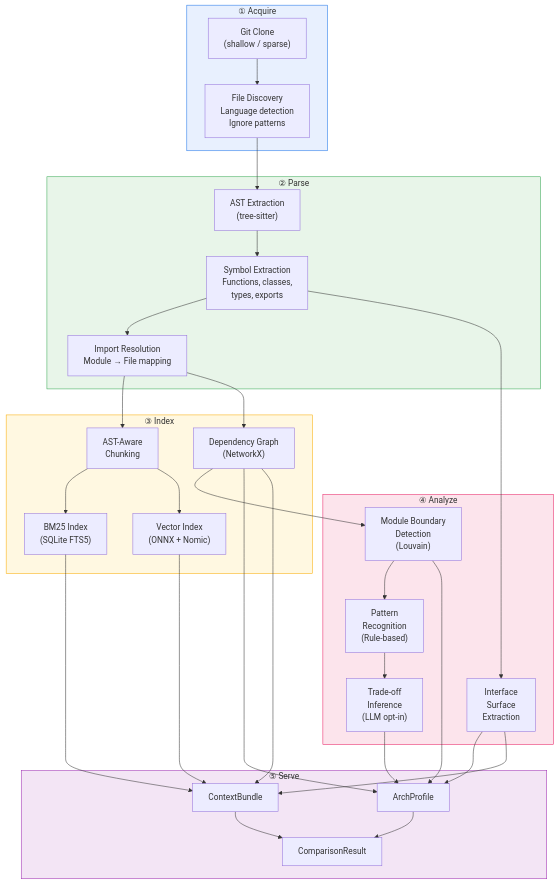
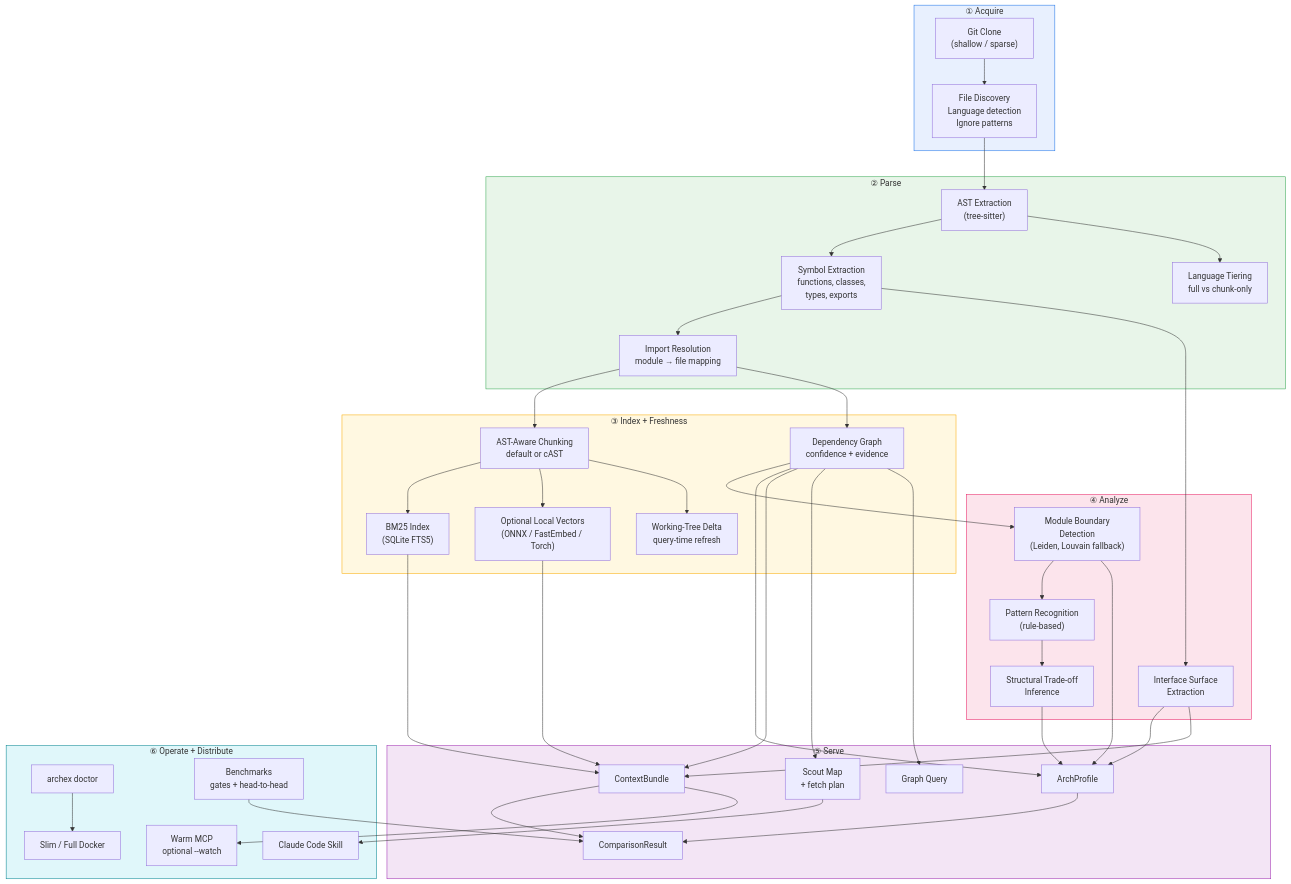
The first of 8 diagrams in docs/SYSTEM_DESIGN.md (Mathews-Tom/archex), drawn with Mermaid before and after one commit. The commit also changed other lines of this file, not shown here.

First line of the commit message:
docs: refresh system design reality

````diff
--- a/docs/SYSTEM_DESIGN.md
+++ b/docs/SYSTEM_DESIGN.md
@@ -13,61 +13,82 @@
 ```mermaid
 graph TD
     subgraph S1["① Acquire"]
         Clone["Git Clone<br/>(shallow / sparse)"]
         Discover["File Discovery<br/>Language detection<br/>Ignore patterns"]
     end
 
     subgraph S2["② Parse"]
         AST["AST Extraction<br/>(tree-sitter)"]
-        Symbols["Symbol Extraction<br/>Functions, classes,<br/>types, exports"]
-        Imports["Import Resolution<br/>Module → File mapping"]
+        Symbols["Symbol Extraction<br/>functions, classes,<br/>types, exports"]
+        Imports["Import Resolution<br/>module → file mapping"]
+        Tiers["Language Tiering<br/>full vs chunk-only"]
     end
 
-    subgraph S3["③ Index"]
-        Chunk["AST-Aware<br/>Chunking"]
-        Graph["Dependency Graph<br/>(NetworkX)"]
+    subgraph S3["③ Index + Freshness"]
+        Chunk["AST-Aware Chunking<br/>default or cAST"]
+        Graph["Dependency Graph<br/>confidence + evidence"]
         BM25["BM25 Index<br/>(SQLite FTS5)"]
-        Vec["Vector Index<br/>(ONNX + Nomic)"]
+        Vec["Optional Local Vectors<br/>(ONNX / FastEmbed / Torch)"]
+        Delta["Working-Tree Delta<br/>query-time refresh"]
     end
 
     subgraph S4["④ Analyze"]
-        Modules["Module Boundary<br/>Detection<br/>(Louvain)"]
-        Patterns["Pattern<br/>Recognition<br/>(Rule-based)"]
-        Interfaces["Interface<br/>Surface<br/>Extraction"]
-        Decisions["Trade-off<br/>Inference<br/>(LLM opt-in)"]
+        Modules["Module Boundary<br/>Detection<br/>(Leiden, Louvain fallback)"]
+        Patterns["Pattern Recognition<br/>(rule-based)"]
+        Interfaces["Interface Surface<br/>Extraction"]
+        Decisions["Structural Trade-off<br/>Inference"]
     end
 
     subgraph S5["⑤ Serve"]
         AP["ArchProfile"]
         CB["ContextBundle"]
+        Scout["Scout Map<br/>+ fetch plan"]
+        GraphQ["Graph Query"]
         Cmp["ComparisonResult"]
     end
 
+    subgraph S6["⑥ Operate + Distribute"]
+        Doctor["archex doctor"]
+        MCP["Warm MCP<br/>optional --watch"]
+        Skill["Claude Code Skill"]
+        Docker["Slim / Full Docker"]
+        Bench["Benchmarks<br/>gates + head-to-head"]
+    end
+
     Clone --> Discover --> AST --> Symbols --> Imports
+    AST --> Tiers
     Imports --> Chunk
     Imports --> Graph
     Chunk --> BM25
     Chunk --> Vec
+    Chunk --> Delta
     Graph --> Modules --> Patterns
     Symbols --> Interfaces
     Patterns --> Decisions
 
     Modules --> AP
     Interfaces --> AP
     Decisions --> AP
     Graph --> AP
 
     BM25 --> CB
     Vec --> CB
     Graph --> CB
     Interfaces --> CB
+    Graph --> Scout
+    Graph --> GraphQ
 
     AP --> Cmp
     CB --> Cmp
+    CB --> MCP
+    Scout --> Skill
+    Doctor --> Docker
+    Bench --> Cmp
 
     style S1 fill:#e8f0fe,stroke:#1a73e8
     style S2 fill:#e8f5e9,stroke:#34a853
     style S3 fill:#fff8e1,stroke:#f9ab00
     style S4 fill:#fce4ec,stroke:#e91e63
     style S5 fill:#f3e5f5,stroke:#9c27b0
+    style S6 fill:#e0f7fa,stroke:#00838f
 ```
````
